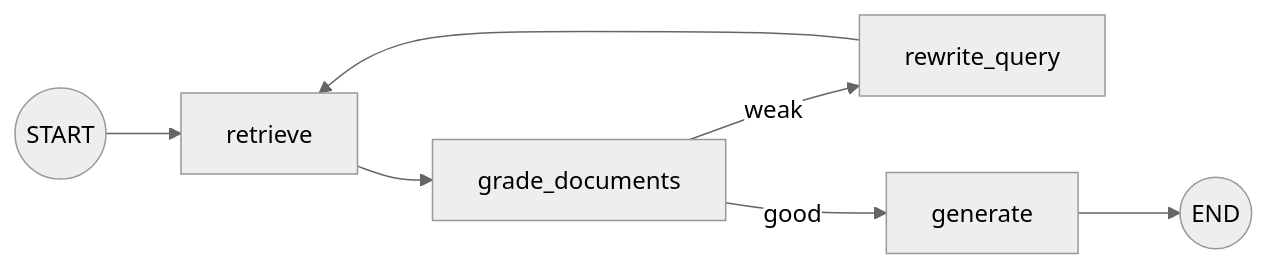
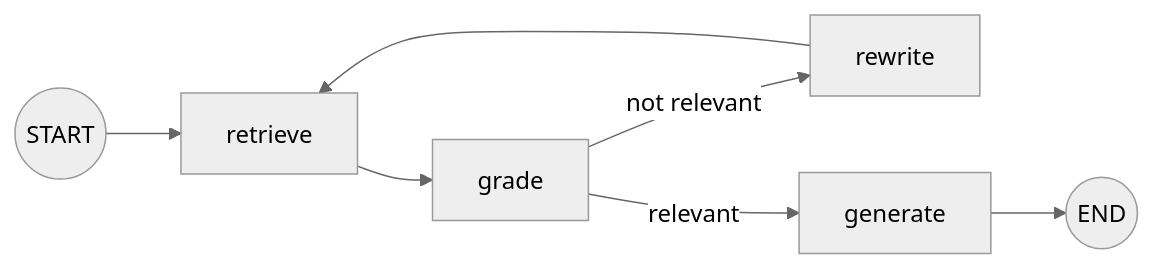
The second of 2 diagrams in AgenticAI/docs/architecture.md (nikhil-pagote/python), drawn with Mermaid (neutral theme) before and after one commit. The commit also changed other lines of this file and 48 other files, not shown here.

````diff
--- a/AgenticAI/docs/architecture.md
+++ b/AgenticAI/docs/architecture.md
@@ -126,7 +129,7 @@
 ```mermaid
 flowchart LR
     START((START)) --> R[retrieve]
-    R --> Gr[grade_documents]
-    Gr -->|weak| RW[rewrite_query] --> R
-    Gr -->|good| G[generate] --> E((END))
+    R --> Gr[grade]
+    Gr -->|not relevant| RW[rewrite] --> R
+    Gr -->|relevant| G[generate] --> E((END))
 ```
````
